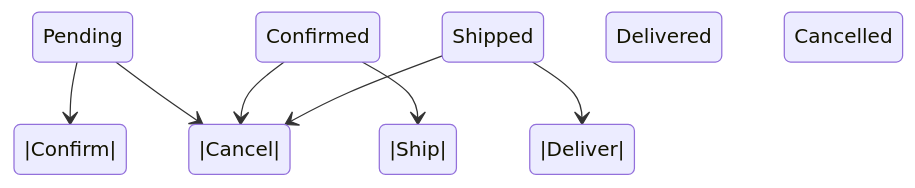
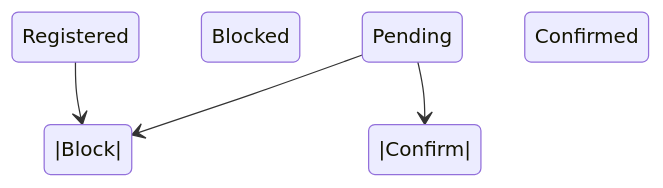
One commit to chalfel/statechart changed the first of 2 diagrams in README.md. Above: the diagram before and after it, drawn with Mermaid. The commit also changed other lines of this file, not shown here.

````diff
--- a/README.md
+++ b/README.md
@@ -71,9 +80,6 @@
 ```mermaid
 stateDiagram-v2
+    Pending -->|Block| Blocked
+    Registered -->|Block| Blocked
     Pending -->|Confirm| Confirmed
-    Confirmed -->|Ship| Shipped
-    Shipped -->|Deliver| Delivered
-    Pending -->|Cancel| Cancelled
-    Confirmed -->|Cancel| Cancelled
-    Shipped -->|Cancel| Cancelled
 ```
````
